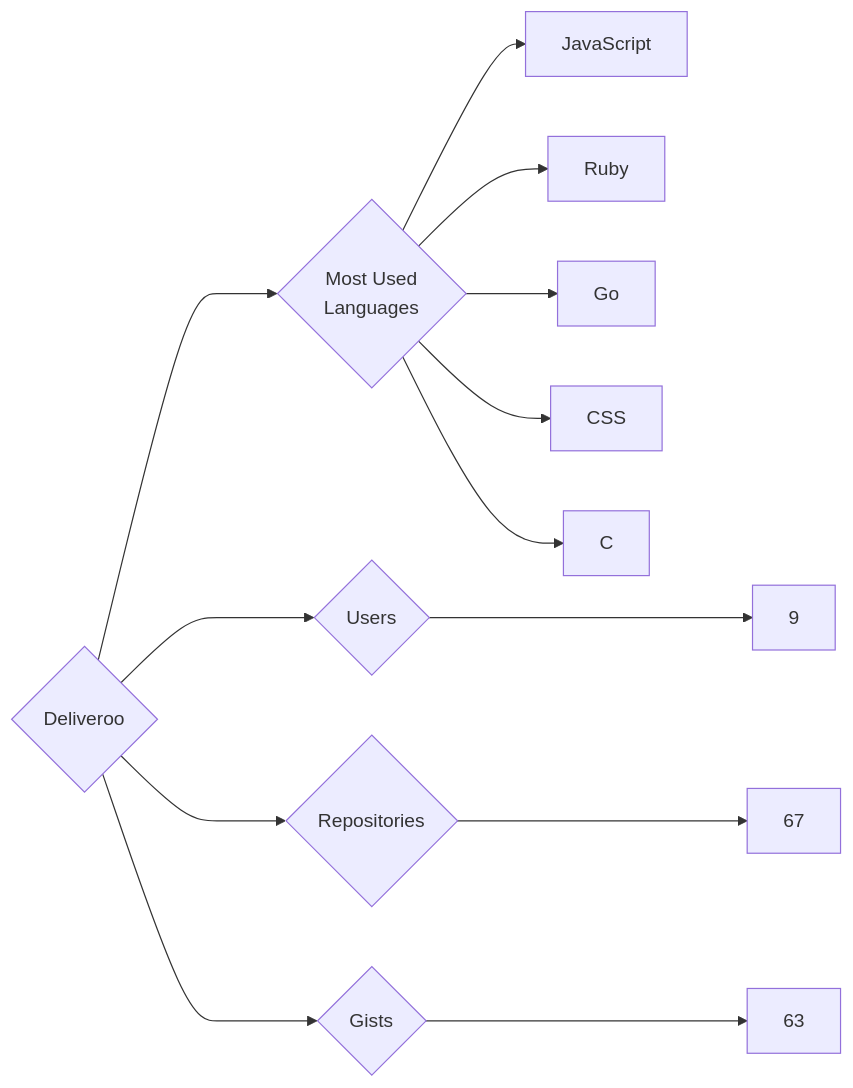
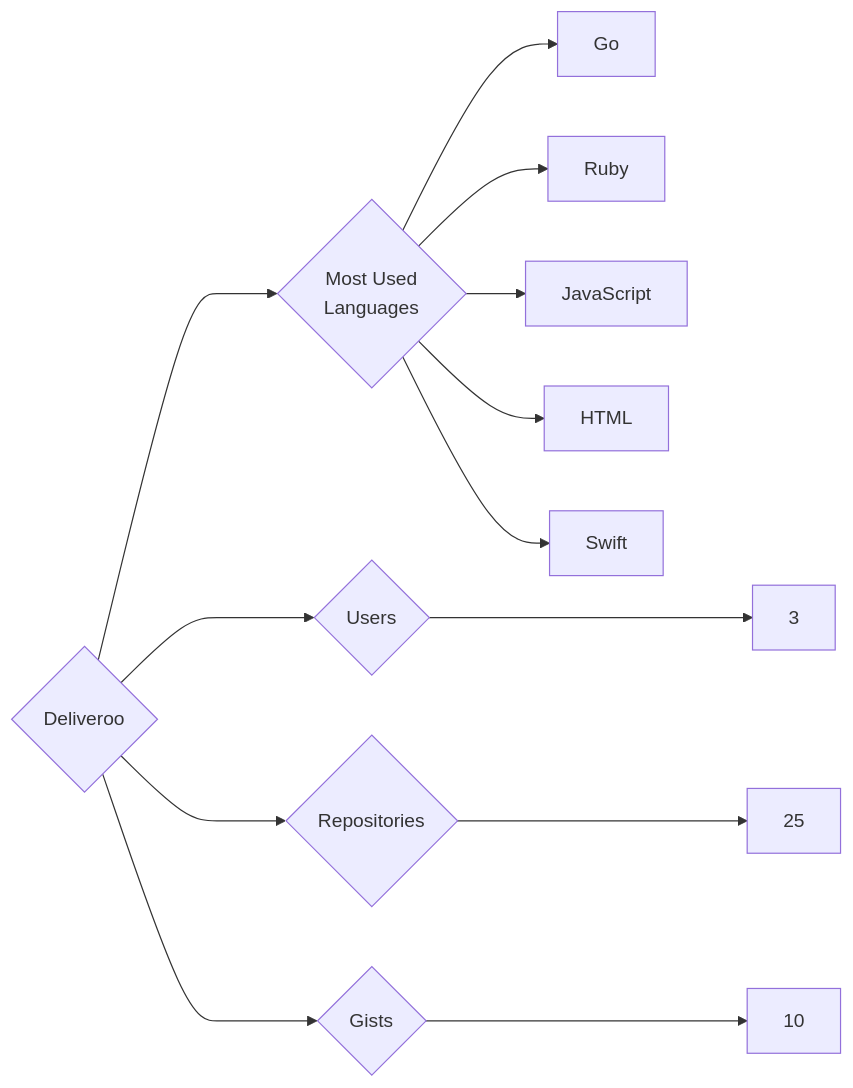
Before and after one commit to trickest/insiders: the diagram in targets/Deliveroo/README.md, drawn with Mermaid. The commit also changed 618 other files, not shown here.

````diff
--- a/targets/Deliveroo/README.md
+++ b/targets/Deliveroo/README.md
@@ -3,13 +3,13 @@
 ```mermaid
 graph LR
 COMPANY_NAME{Deliveroo}
-COMPANY_NAME ---> U{Users} ---> UN[9]
-COMPANY_NAME ---> R{Repositories} ---> RN[67]
-COMPANY_NAME ---> G{Gists} ---> GN[63]
+COMPANY_NAME ---> U{Users} ---> UN[3]
+COMPANY_NAME ---> R{Repositories} ---> RN[25]
+COMPANY_NAME ---> G{Gists} ---> GN[10]
 COMPANY_NAME ---> ML{Most Used<br>Languages}
+ML --> Go[Go]
+ML --> Ruby[Ruby]
 ML --> JavaScript[JavaScript]
-ML --> Ruby[Ruby]
-ML --> Go[Go]
-ML --> CSS[CSS]
-ML --> C[C]
+ML --> HTML[HTML]
+ML --> Swift[Swift]
 ```
````
